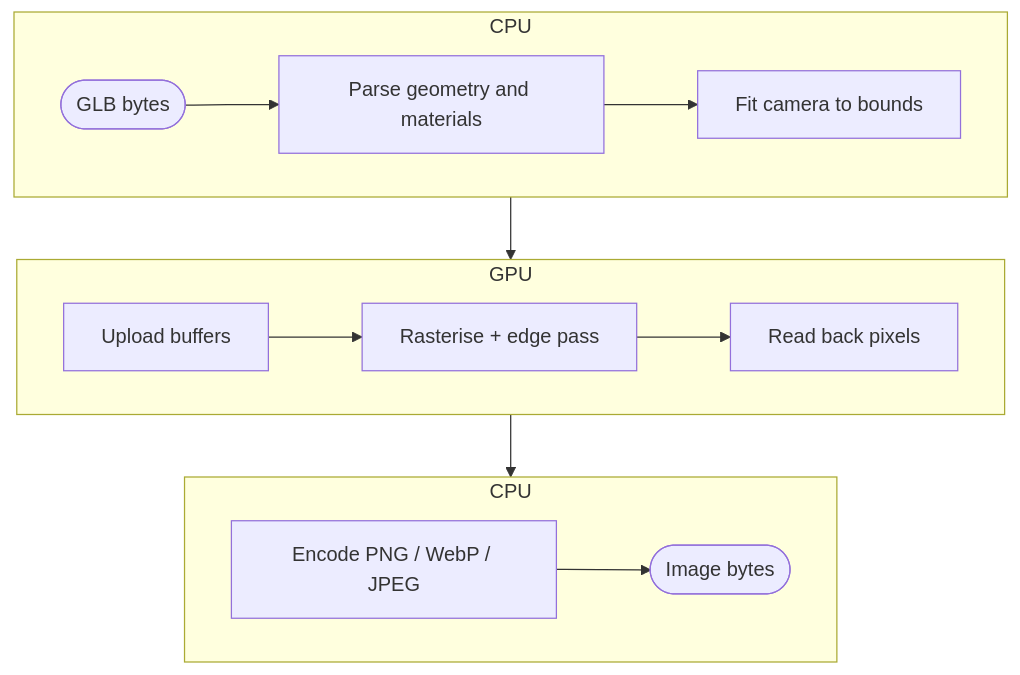
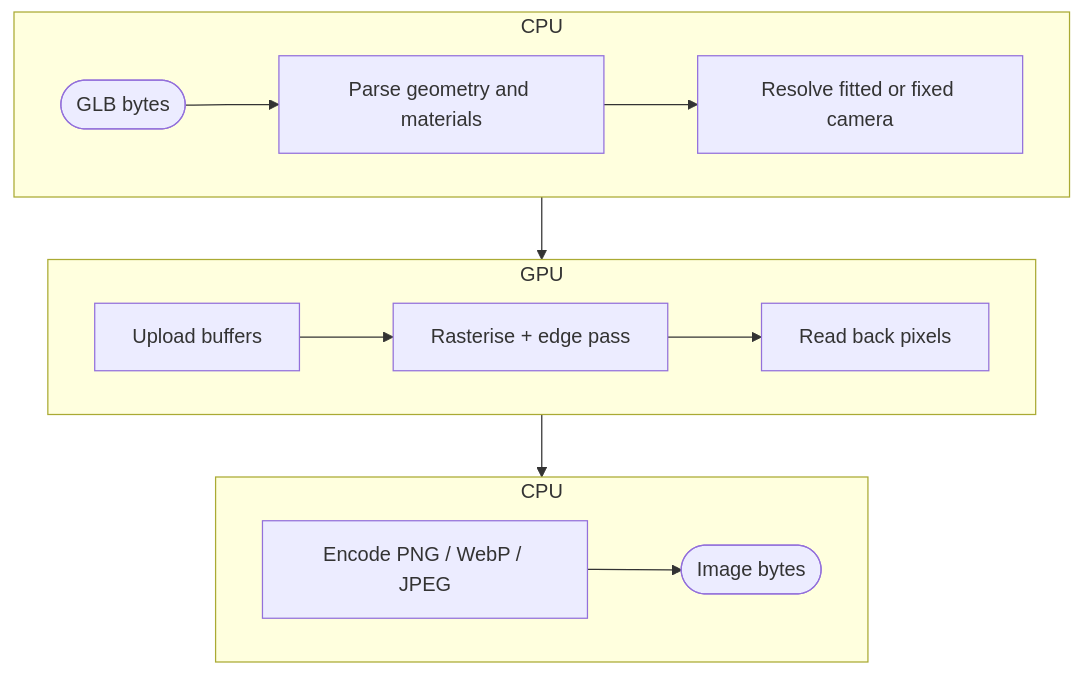
The diagram in docs-site/content/docs/how-it-works.mdx (taucad/nanoraster), drawn with Mermaid before and after one commit. The commit also changed other lines of this file and 59 other files, not shown here.

````diff
--- a/docs-site/content/docs/how-it-works.mdx
+++ b/docs-site/content/docs/how-it-works.mdx
@@ -16,14 +16,14 @@
 ```mermaid
 flowchart TD
   subgraph CPU1[CPU]
     A([GLB bytes]) --> B[Parse geometry and materials]
-    B --> C[Fit camera to bounds]
+    B --> C[Resolve fitted or fixed camera]
   end
   subgraph GPU[GPU]
     D[Upload buffers] --> E[Rasterise + edge pass] --> F[Read back pixels]
   end
   subgraph CPU2[CPU]
     G[Encode PNG / WebP / JPEG] --> H([Image bytes])
   end
   CPU1 --> GPU --> CPU2
 ```
````
